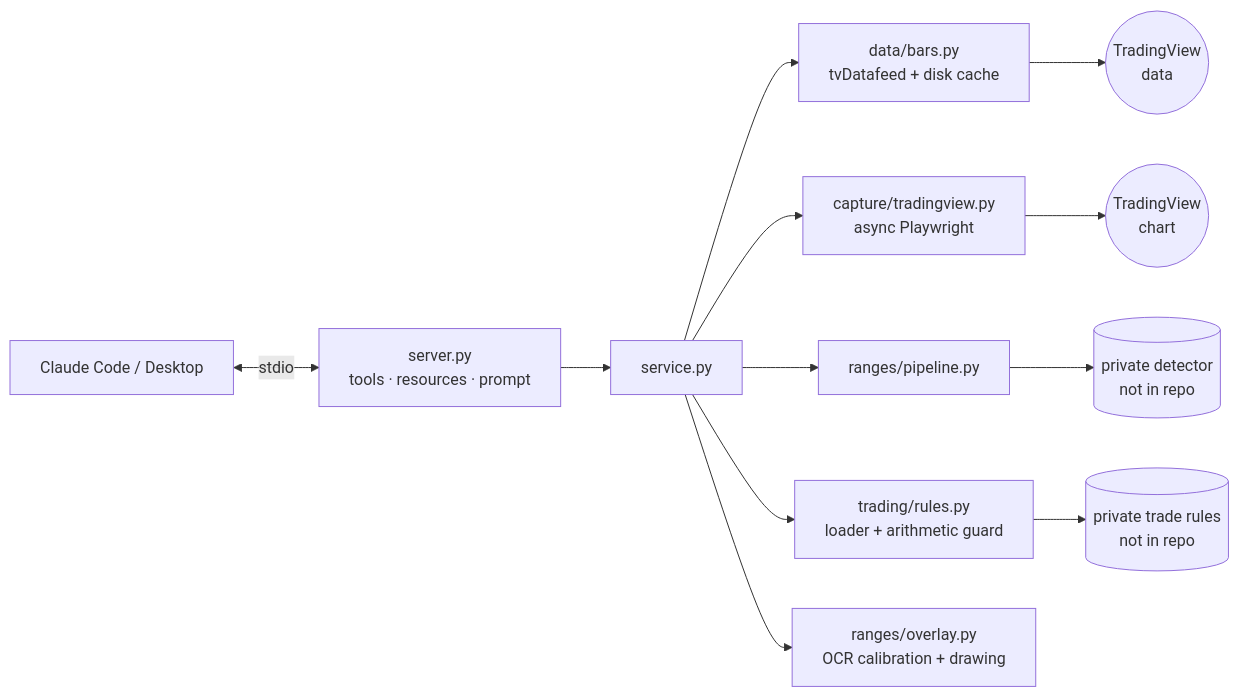
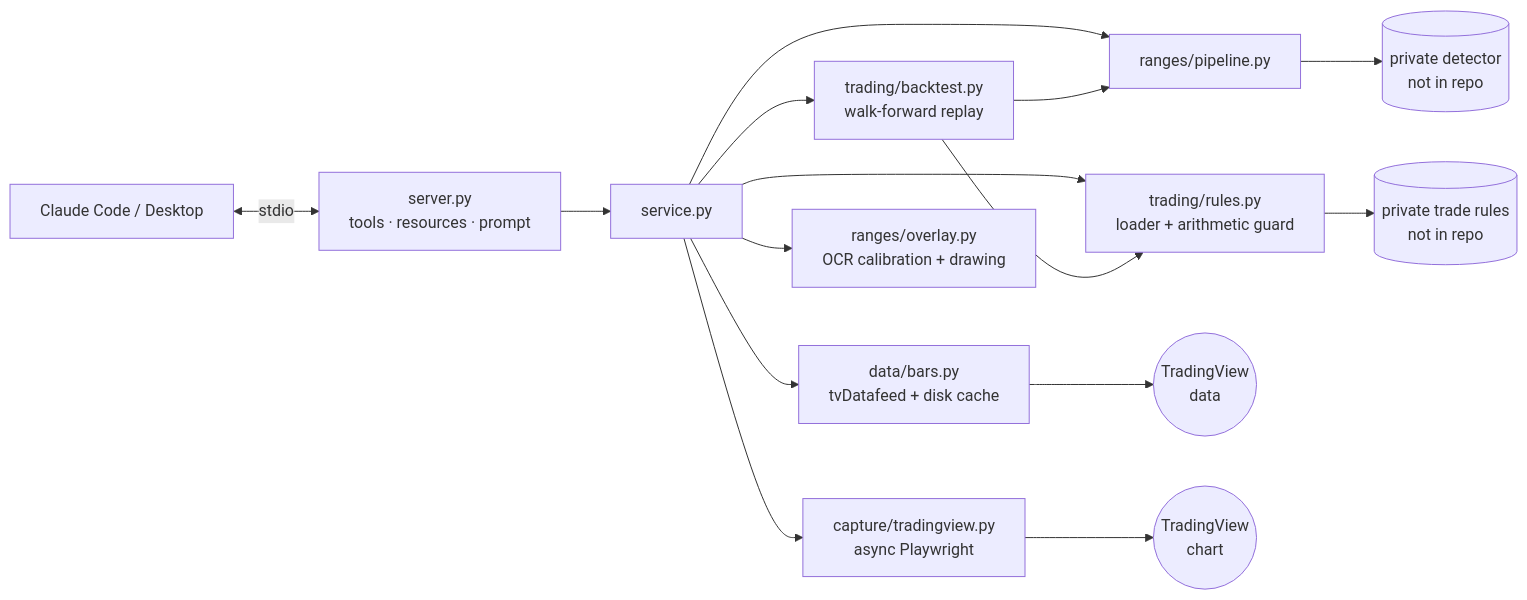
Before and after one commit to usamahassan965/futures-mcp: the diagram in README.md, drawn with Mermaid. The commit also changed other lines of this file and 10 other files, not shown here.

First line of the commit message:
Add run_backtest: walk-forward replay of the detector and trading rules

````diff
--- a/README.md
+++ b/README.md
@@ -43,14 +44,17 @@
 ```mermaid
 flowchart LR
     C[Claude Code / Desktop] <-- stdio --> S[server.py<br/>tools · resources · prompt]
     S --> SV[service.py]
     SV --> B[data/bars.py<br/>tvDatafeed + disk cache]
     SV --> T[capture/tradingview.py<br/>async Playwright]
     SV --> P[ranges/pipeline.py]
     P --> D[(private detector<br/>not in repo)]
     SV --> R[trading/rules.py<br/>loader + arithmetic guard]
     R --> E[(private trade rules<br/>not in repo)]
+    SV --> BT[trading/backtest.py<br/>walk-forward replay]
+    BT --> P
+    BT --> R
     SV --> O[ranges/overlay.py<br/>OCR calibration + drawing]
     B --> TV1((TradingView<br/>data))
     T --> TV2((TradingView<br/>chart))
 ```
````
